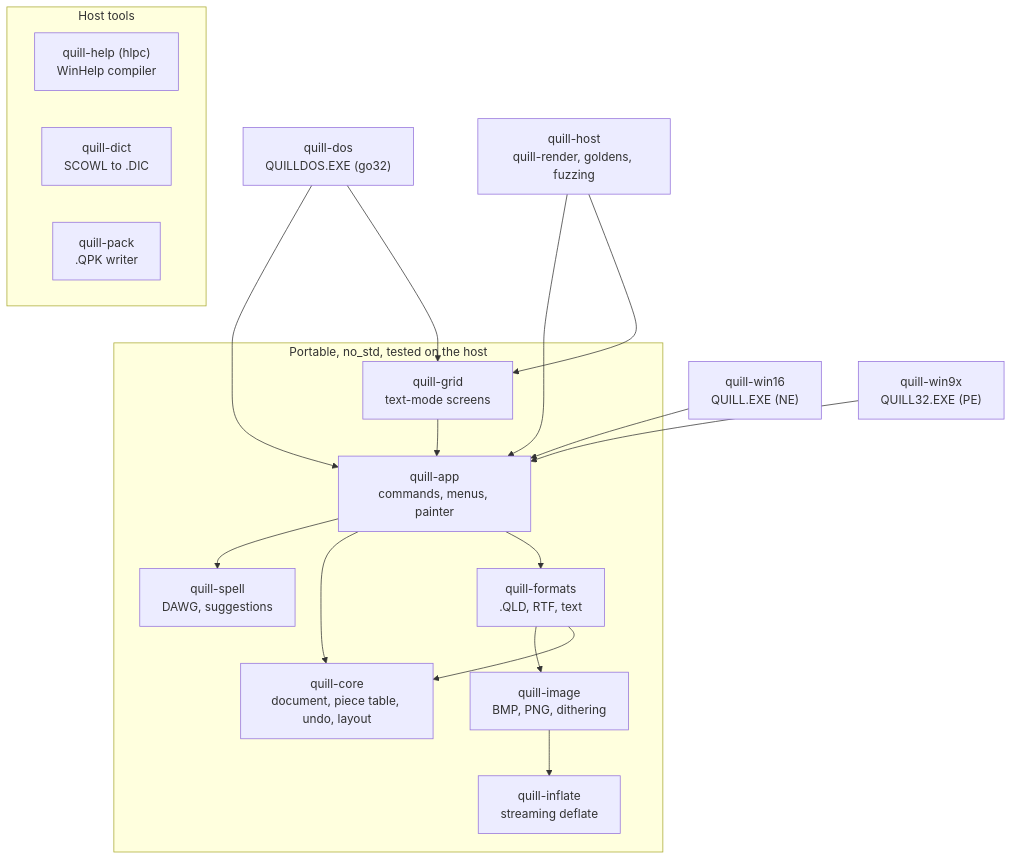
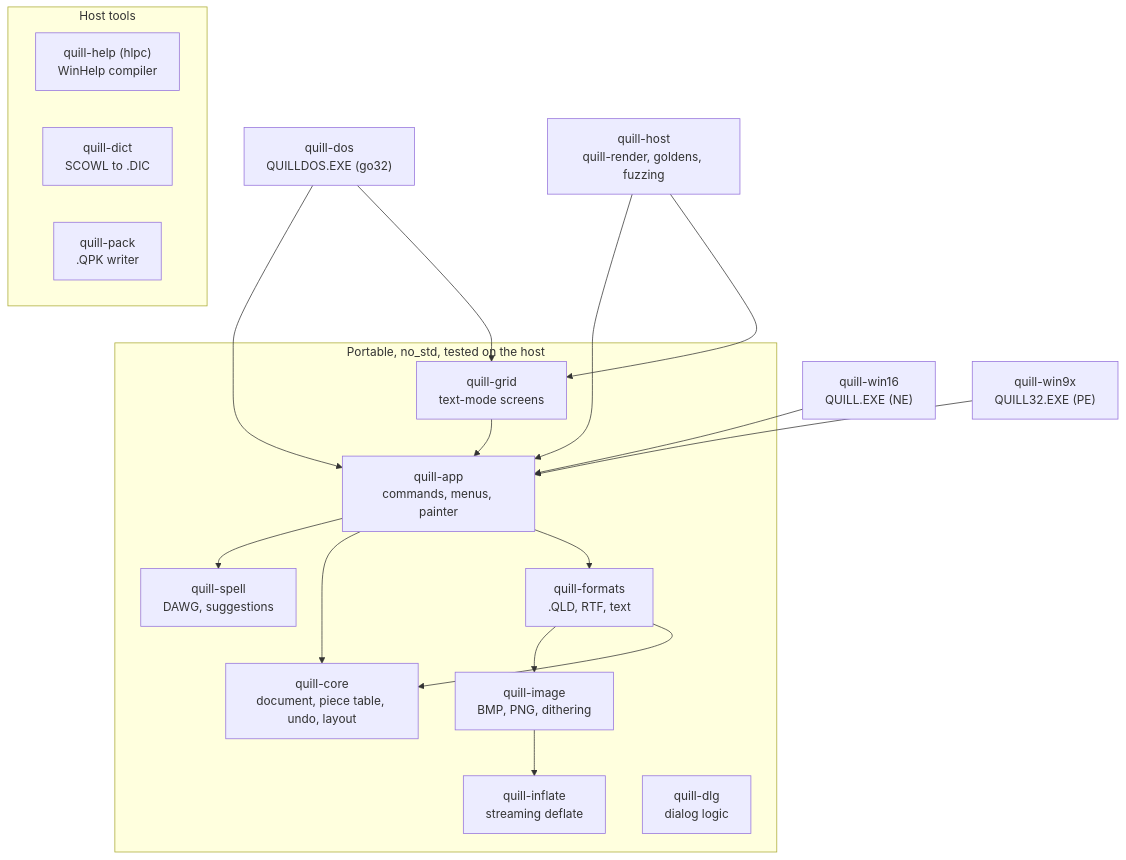
One commit to liminal-hq-labs/quill changed the first of 3 diagrams in docs/architecture.md. Above: the diagram before and after it, drawn with Mermaid. The commit also changed other lines of this file and 11 other files, not shown here.

````diff
--- a/docs/architecture.md
+++ b/docs/architecture.md
@@ -25,34 +25,35 @@
 ```mermaid
 flowchart TB
 	subgraph portable["Portable, no_std, tested on the host"]
 		core["quill-core<br/>document, piece table, undo, layout"]
 		formats["quill-formats<br/>.QLD, RTF, text"]
 		image["quill-image<br/>BMP, PNG, dithering"]
 		spell["quill-spell<br/>DAWG, suggestions"]
 		inflate["quill-inflate<br/>streaming deflate"]
 		app["quill-app<br/>commands, menus, painter"]
 		grid["quill-grid<br/>text-mode screens"]
+		dlg["quill-dlg<br/>dialog logic"]
 	end
 	subgraph tools["Host tools"]
 		help["quill-help (hlpc)<br/>WinHelp compiler"]
 		dict["quill-dict<br/>SCOWL to .DIC"]
 		pack["quill-pack<br/>.QPK writer"]
 	end
 	image --> inflate
 	formats --> image
 	app --> spell
 	win16["quill-win16<br/>QUILL.EXE (NE)"]
 	win9x["quill-win9x<br/>QUILL32.EXE (PE)"]
 	dos["quill-dos<br/>QUILLDOS.EXE (go32)"]
 	host["quill-host<br/>quill-render, goldens, fuzzing"]
 	formats --> core
 	app --> core
 	app --> formats
 	grid --> app
 	win16 --> app
 	win9x --> app
 	dos --> app
 	dos --> grid
 	host --> app
 	host --> grid
 ```
````
